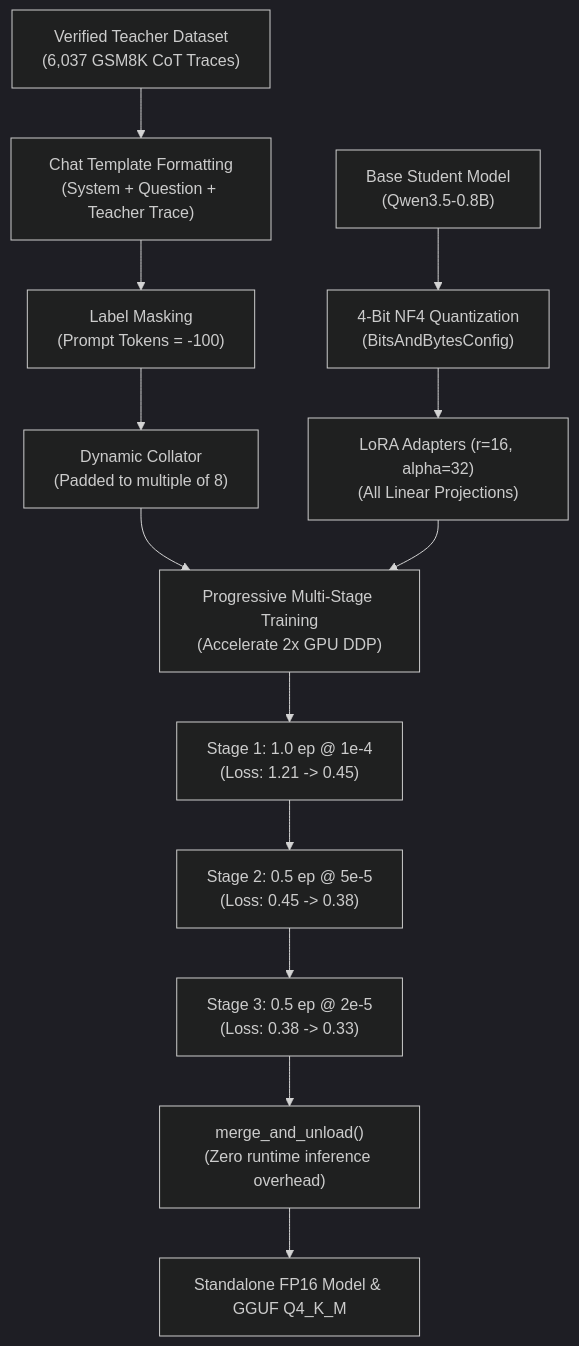
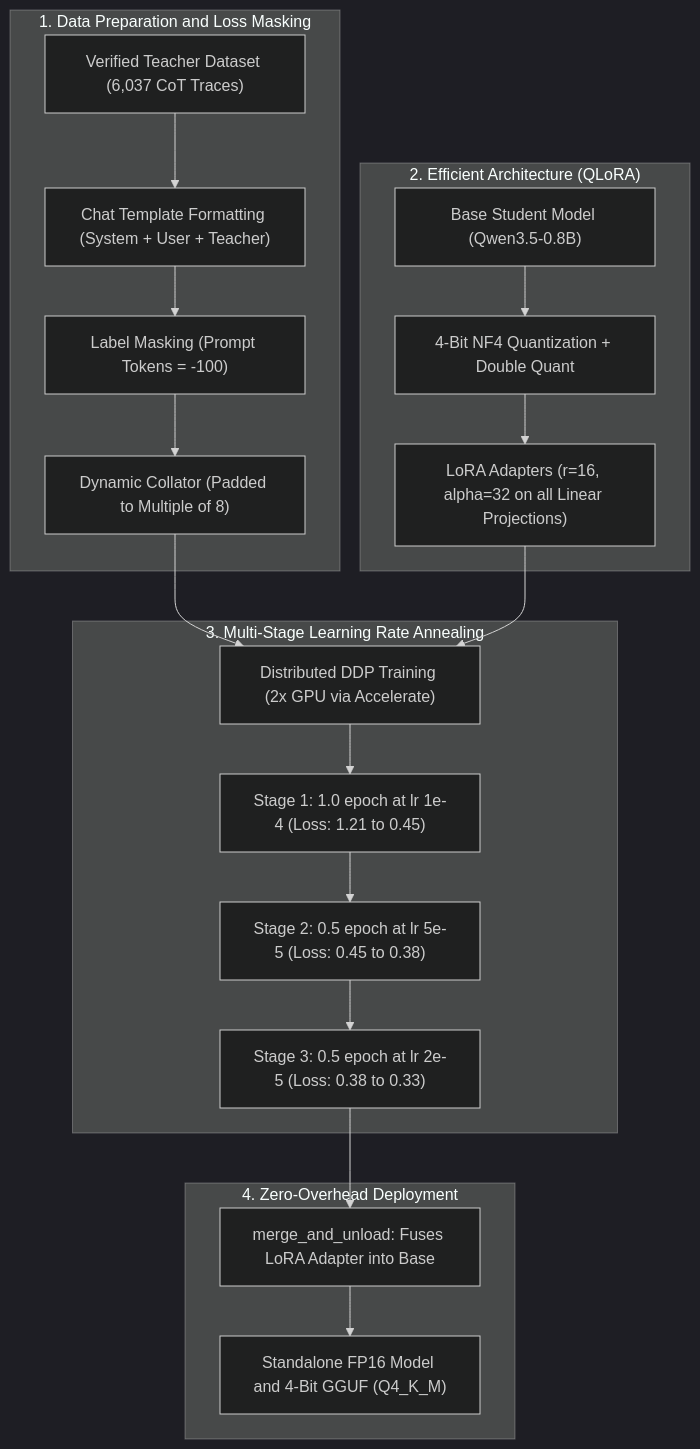
Before and after one commit to sujal-b/qwen-gsm8k-distill: the diagram in README.md, drawn with Mermaid (dark theme).

Commit message:
Fix mermaid syntax in Architecture & Distillation Pipeline section

````diff
--- a/README.md
+++ b/README.md
@@ -31,19 +31,27 @@
 ```mermaid
-flowchart TD
-    A["Verified Teacher Dataset<br/>(6,037 GSM8K CoT Traces)"] --> B["Chat Template Formatting<br/>(System + Question + Teacher Trace)"]
-    B --> C["Label Masking<br/>(Prompt Tokens = -100)"]
-    C --> D["Dynamic Collator<br/>(Padded to multiple of 8)"]
-    
-    E["Base Student Model<br/>(Qwen3.5-0.8B)"] --> F["4-Bit NF4 Quantization<br/>(BitsAndBytesConfig)"]
-    F --> G["LoRA Adapters (r=16, alpha=32)<br/>(All Linear Projections)"]
-    
-    D --> H["Progressive Multi-Stage Training<br/>(Accelerate 2x GPU DDP)"]
+graph TD
+    subgraph Data_Prep ["1. Data Preparation and Loss Masking"]
+        A["Verified Teacher Dataset (6,037 CoT Traces)"] --> B["Chat Template Formatting (System + User + Teacher)"]
+        B --> C["Label Masking (Prompt Tokens = -100)"]
+        C --> D["Dynamic Collator (Padded to Multiple of 8)"]
+    end
+
+    subgraph Model_Config ["2. Efficient Architecture (QLoRA)"]
+        E["Base Student Model (Qwen3.5-0.8B)"] --> F["4-Bit NF4 Quantization + Double Quant"]
+        F --> G["LoRA Adapters (r=16, alpha=32 on all Linear Projections)"]
+    end
+
+    D --> H["Distributed DDP Training (2x GPU via Accelerate)"]
     G --> H
-    
-    H --> I["Stage 1: 1.0 ep @ 1e-4<br/>(Loss: 1.21 -> 0.45)"]
-    I --> J["Stage 2: 0.5 ep @ 5e-5<br/>(Loss: 0.45 -> 0.38)"]
-    J --> K["Stage 3: 0.5 ep @ 2e-5<br/>(Loss: 0.38 -> 0.33)"]
-    
-    K --> L["merge_and_unload()<br/>(Zero runtime inference overhead)"]
-    L --> M["Standalone FP16 Model & GGUF Q4_K_M"]
+
+    subgraph Training_Curriculum ["3. Multi-Stage Learning Rate Annealing"]
+        H --> I["Stage 1: 1.0 epoch at lr 1e-4 (Loss: 1.21 to 0.45)"]
+        I --> J["Stage 2: 0.5 epoch at lr 5e-5 (Loss: 0.45 to 0.38)"]
+        J --> K["Stage 3: 0.5 epoch at lr 2e-5 (Loss: 0.38 to 0.33)"]
+    end
+
+    subgraph Model_Export ["4. Zero-Overhead Deployment"]
+        K --> L["merge_and_unload: Fuses LoRA Adapter into Base"]
+        L --> M["Standalone FP16 Model and 4-Bit GGUF (Q4_K_M)"]
+    end
 ```
````
